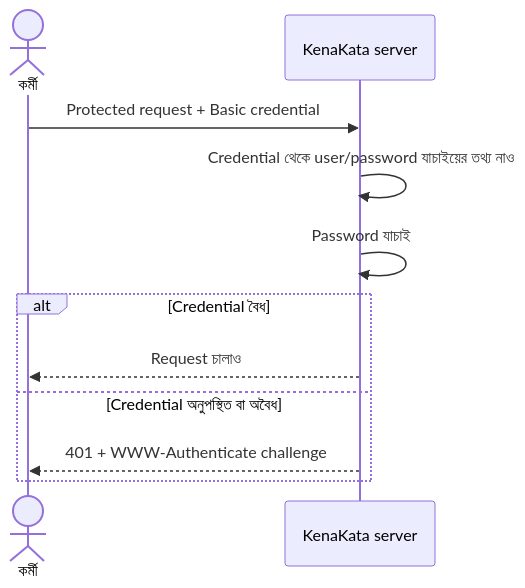
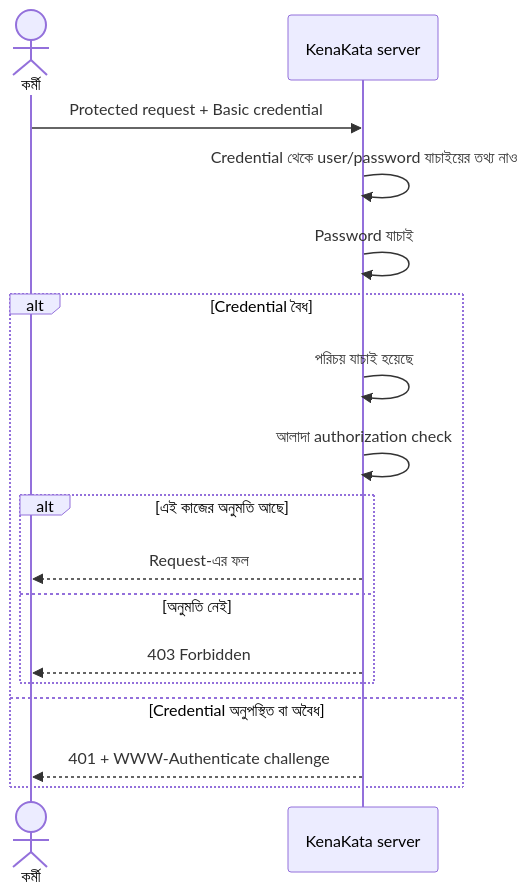
One commit to shomi-khan/auth-security-journey changed the fifth of 7 diagrams in series/season-1-browser-session-token/01-why-authentication/README.md. Above: the diagram before and after it, drawn with Mermaid. The commit also changed other lines of this file, not shown here.

Commit message:
docs(chapter-1): tighten auth boundaries and Basic Auth trade-offs

````diff
--- a/series/season-1-browser-session-token/01-why-authentication/README.md
+++ b/series/season-1-browser-session-token/01-why-authentication/README.md
@@ -255,14 +255,20 @@
 ```mermaid
 sequenceDiagram
     actor Staff as কর্মী
     participant S as KenaKata server
 
     Staff->>S: Protected request + Basic credential
     S->>S: Credential থেকে user/password যাচাইয়ের তথ্য নাও
     S->>S: Password যাচাই
     alt Credential বৈধ
-        S-->>Staff: Request চালাও
+        S->>S: পরিচয় যাচাই হয়েছে
+        S->>S: আলাদা authorization check
+        alt এই কাজের অনুমতি আছে
+            S-->>Staff: Request-এর ফল
+        else অনুমতি নেই
+            S-->>Staff: 403 Forbidden
+        end
     else Credential অনুপস্থিত বা অবৈধ
         S-->>Staff: 401 + WWW-Authenticate challenge
     end
 ```
````
